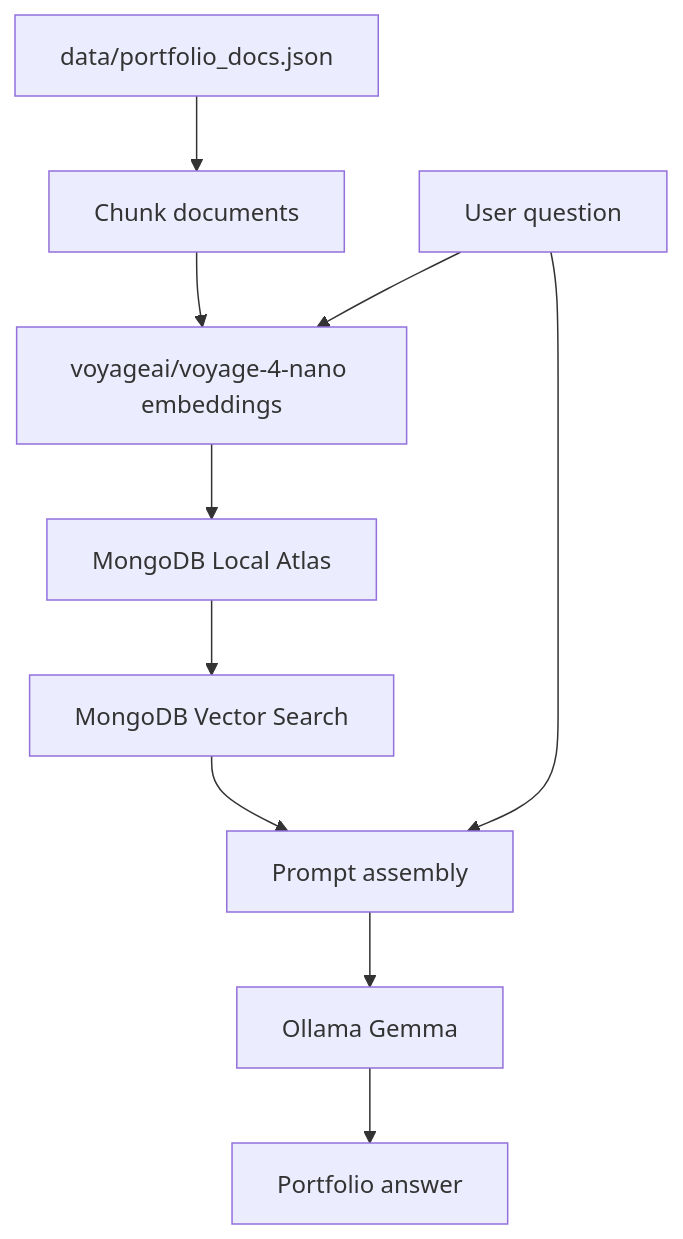
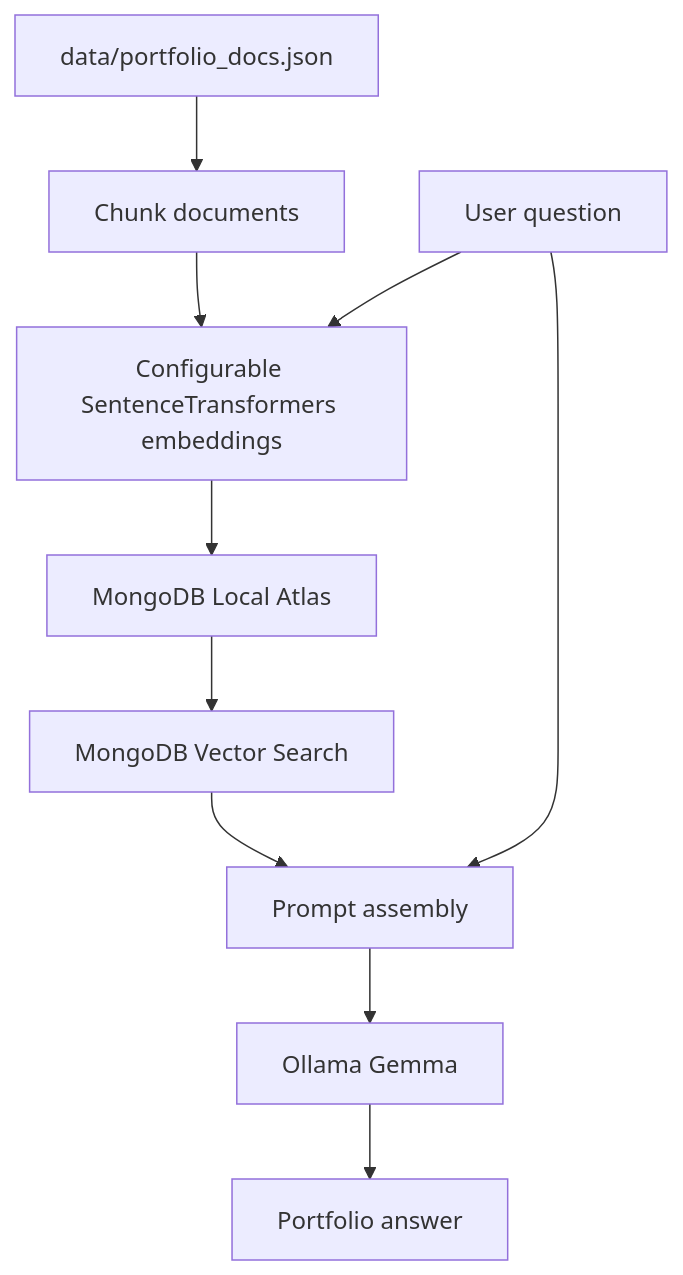
Before and after one commit to 666junyichen/local-rag-portfolio-assistant: the diagram in docs/architecture.md, drawn with Mermaid. The commit also changed 28 other files, not shown here.

````diff
--- a/docs/architecture.md
+++ b/docs/architecture.md
@@ -5,12 +5,12 @@
 ```mermaid
 flowchart TD
     A["data/portfolio_docs.json"] --> B["Chunk documents"]
-    B --> C["voyageai/voyage-4-nano embeddings"]
+    B --> C["Configurable SentenceTransformers embeddings"]
     C --> D["MongoDB Local Atlas"]
     D --> E["MongoDB Vector Search"]
     F["User question"] --> C
     F --> G["Prompt assembly"]
     E --> G
     G --> H["Ollama Gemma"]
     H --> I["Portfolio answer"]
 ```
````
